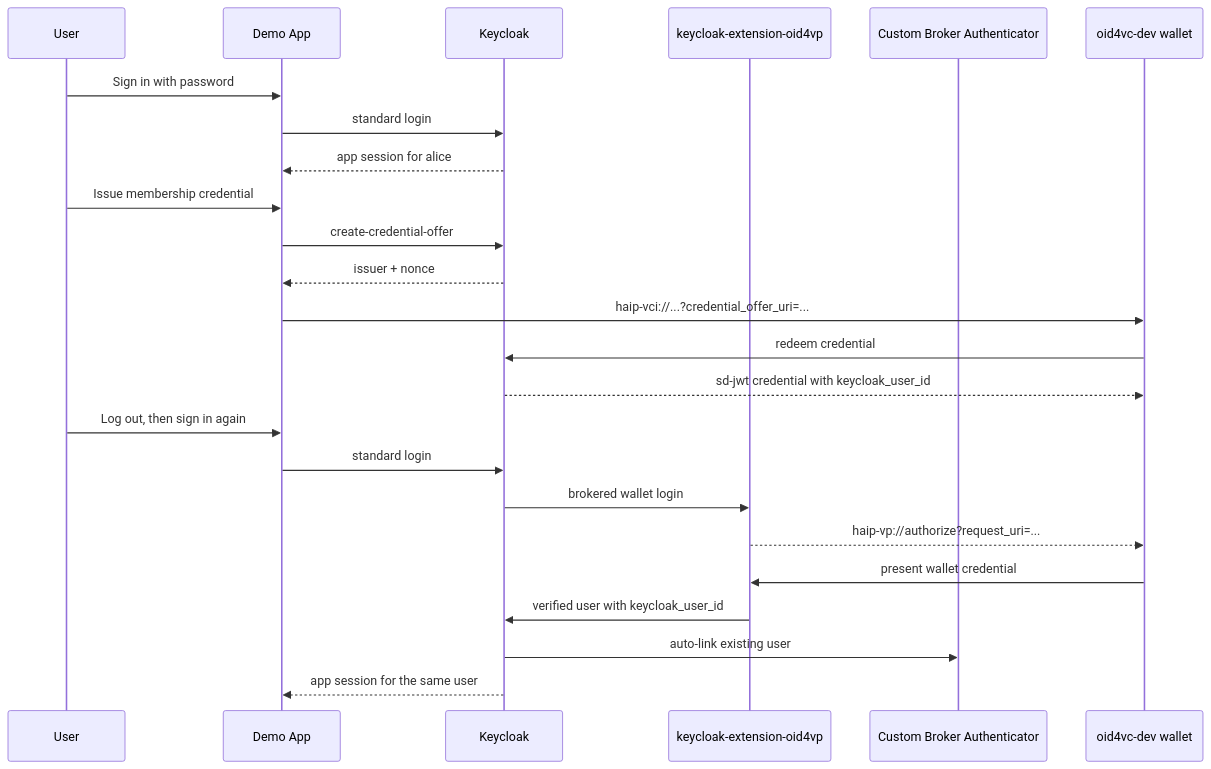
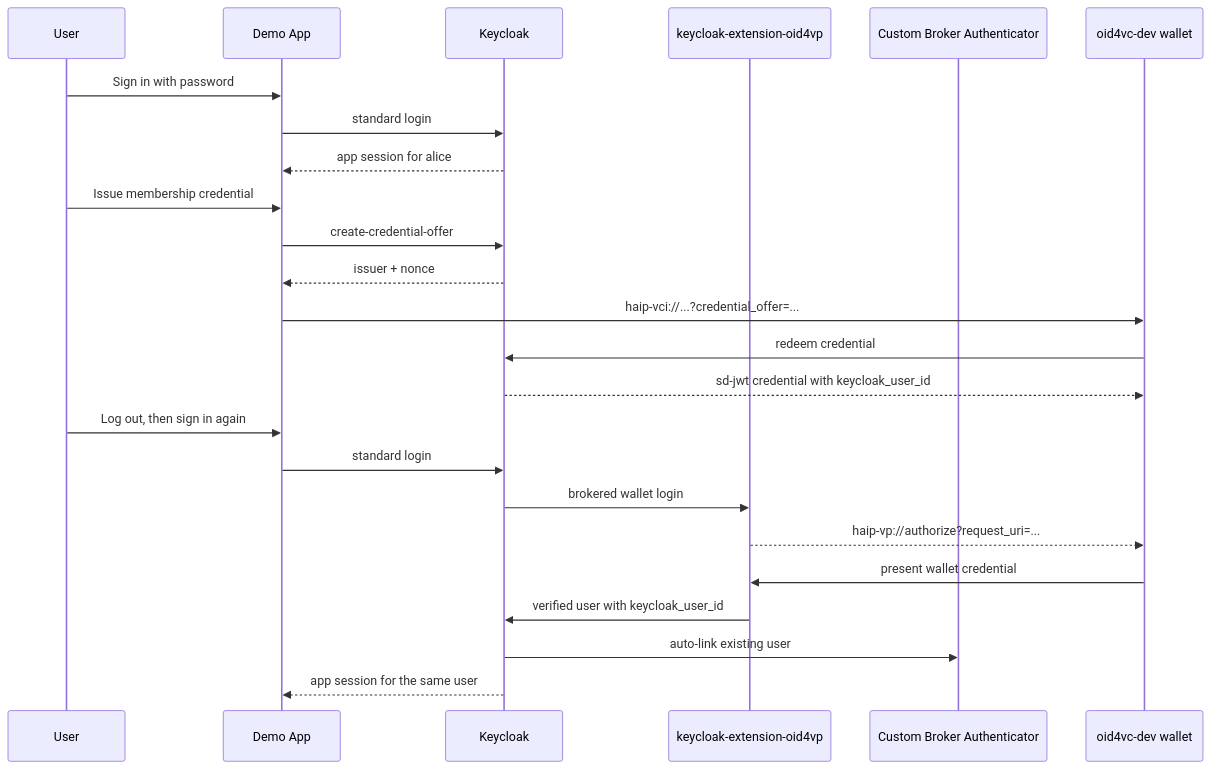
The first of 3 diagrams in examples/keycloak-issuer-verifier-haip-app/README.md (dominikschlosser/ssi-debugger), drawn with Mermaid before and after one commit. The commit also changed other lines of this file and 23 other files, not shown here.

````diff
--- a/examples/keycloak-issuer-verifier-haip-app/README.md
+++ b/examples/keycloak-issuer-verifier-haip-app/README.md
@@ -29,28 +29,28 @@
 ```mermaid
 sequenceDiagram
     participant U as User
     participant APP as Demo App
     participant KC as Keycloak
     participant EXT as keycloak-extension-oid4vp
     participant BROKER as Custom Broker Authenticator
     participant W as oid4vc-dev wallet
 
     U->>APP: Sign in with password
     APP->>KC: standard login
     KC-->>APP: app session for alice
     U->>APP: Issue membership credential
     APP->>KC: create-credential-offer
     KC-->>APP: issuer + nonce
-    APP->>W: haip-vci://...?credential_offer_uri=...
+    APP->>W: haip-vci://...?credential_offer=...
     W->>KC: redeem credential
     KC-->>W: sd-jwt credential with keycloak_user_id
 
     U->>APP: Log out, then sign in again
     APP->>KC: standard login
     KC->>EXT: brokered wallet login
     EXT-->>W: haip-vp://authorize?request_uri=...
     W->>EXT: present wallet credential
     EXT->>KC: verified user with keycloak_user_id
     KC->>BROKER: auto-link existing user
     KC-->>APP: app session for the same user
 ```
````
